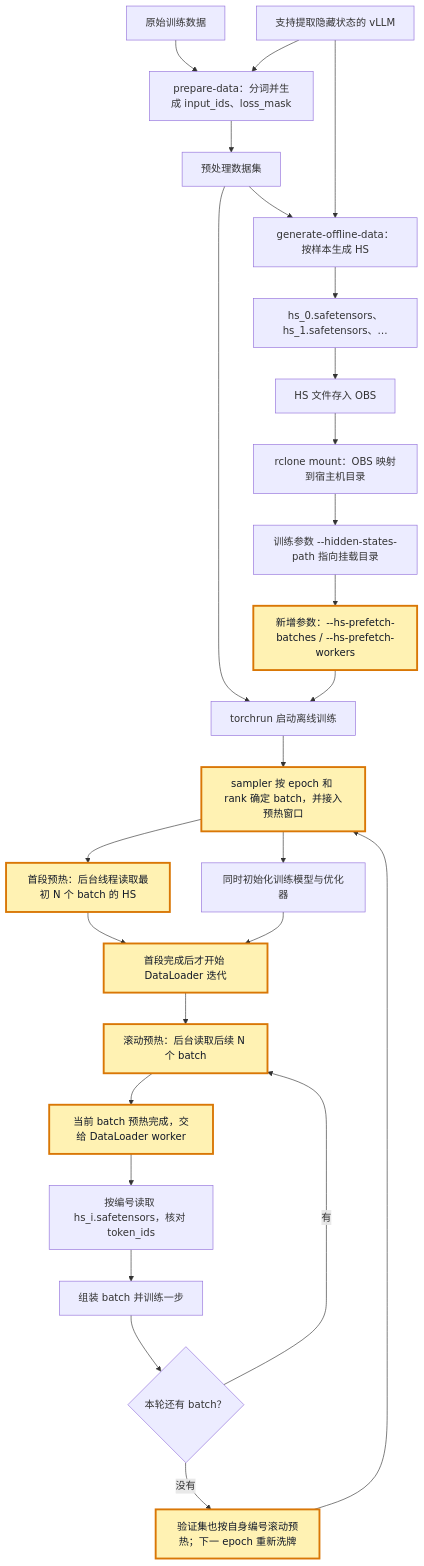
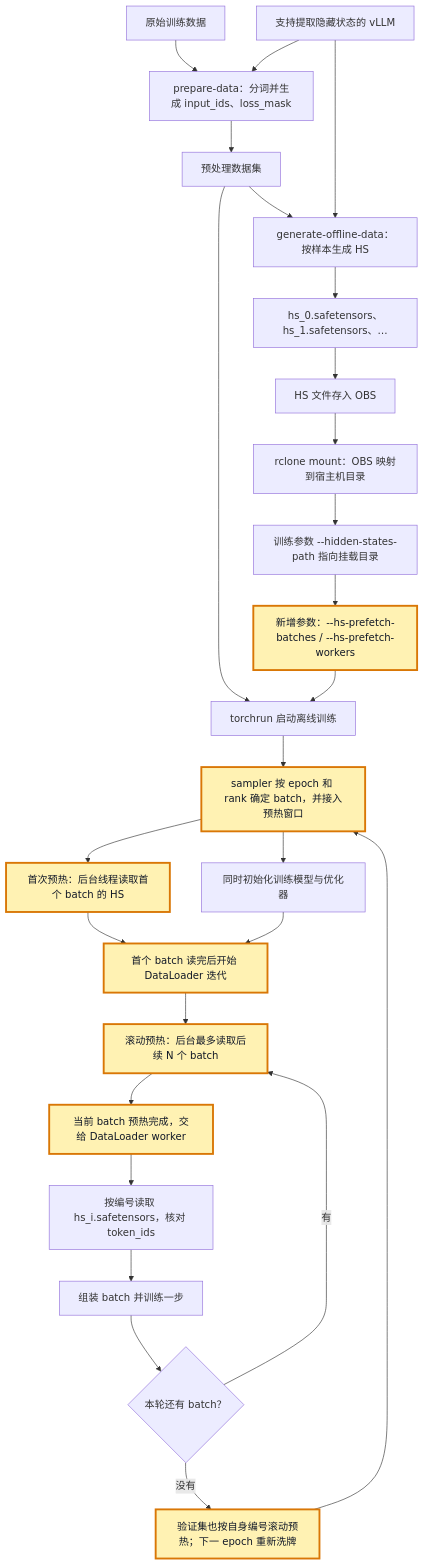
The first of 2 diagrams in docs/user_guide/tutorials/offline_hs_prefetch_flow.md (nanxingMy/speculators_hw), drawn with Mermaid before and after one commit. The commit also changed other lines of this file and 5 other files, not shown here.

```diff
--- a/docs/user_guide/tutorials/offline_hs_prefetch_flow.md
+++ b/docs/user_guide/tutorials/offline_hs_prefetch_flow.md
@@ -9,31 +9,31 @@
 ~~~mermaid
 flowchart TD
     A["原始训练数据"] --> B["prepare-data：分词并生成 input_ids、loss_mask"]
     V["支持提取隐藏状态的 vLLM"] --> B
     B --> C["预处理数据集"]
     C --> D["generate-offline-data：按样本生成 HS"]
     V --> D
     D --> E["hs_0.safetensors、hs_1.safetensors、…"]
     E --> F["HS 文件存入 OBS"]
     F --> G["rclone mount：OBS 映射到宿主机目录"]
     G --> H["训练参数 --hidden-states-path 指向挂载目录"]
     H --> H1["新增参数：--hs-prefetch-batches / --hs-prefetch-workers"]
     C --> I["torchrun 启动离线训练"]
     H1 --> I
     I --> J["sampler 按 epoch 和 rank 确定 batch，并接入预热窗口"]
-    J --> K["首段预热：后台线程读取最初 N 个 batch 的 HS"]
+    J --> K["首次预热：后台线程读取首个 batch 的 HS"]
     J --> L["同时初始化训练模型与优化器"]
-    K --> M["首段完成后才开始 DataLoader 迭代"]
+    K --> M["首个 batch 读完后开始 DataLoader 迭代"]
     L --> M
-    M --> N["滚动预热：后台读取后续 N 个 batch"]
+    M --> N["滚动预热：后台最多读取后续 N 个 batch"]
     N --> O["当前 batch 预热完成，交给 DataLoader worker"]
     O --> P["按编号读取 hs_i.safetensors，核对 token_ids"]
     P --> Q["组装 batch 并训练一步"]
     Q --> R{"本轮还有 batch？"}
     R -- "有" --> N
     R -- "没有" --> S["验证集也按自身编号滚动预热；下一 epoch 重新洗牌"]
     S --> J
 
     classDef changed fill:#fff2b3,stroke:#d97706,stroke-width:3px,color:#111827;
     class H1,J,K,M,N,O,S changed;
 ~~~
```
